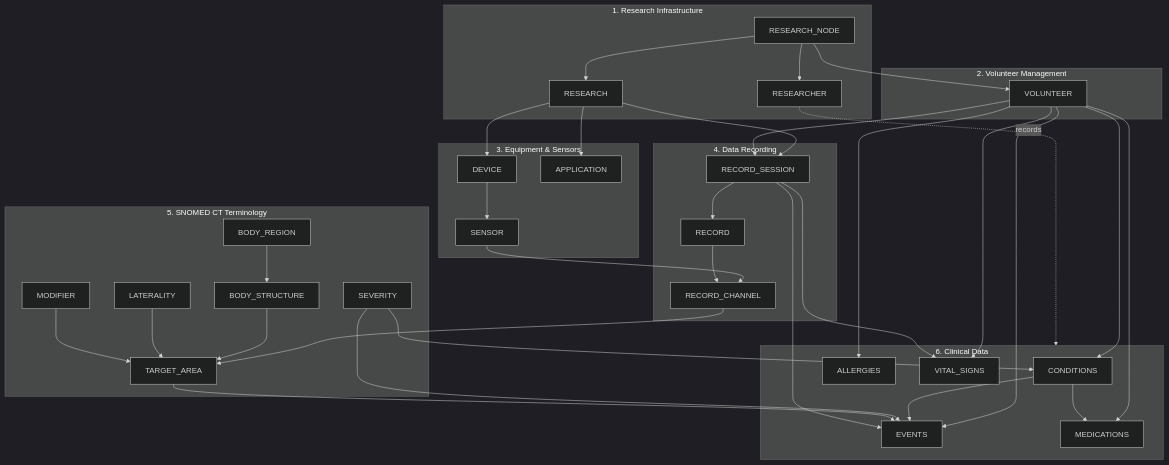
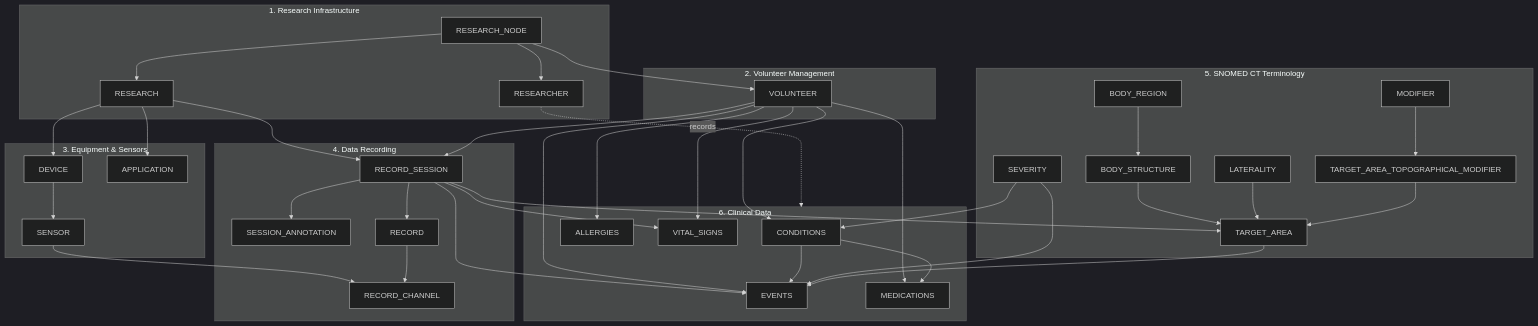
Before and after one commit to VitorAndTxr/Bioteca.Prism.InteroperableResearchNode: the seventh of 7 diagrams in docs/diagrams/database/er-diagram-modular.md, drawn with Mermaid (dark theme). The commit also changed other lines of this file and 36 other files, not shown here.

```diff
--- a/docs/diagrams/database/er-diagram-modular.md
+++ b/docs/diagrams/database/er-diagram-modular.md
@@ -563,6 +583,7 @@
 
     subgraph Recording["4. Data Recording"]
         SESS[RECORD_SESSION]
+        ANN[SESSION_ANNOTATION]
         REC[RECORD]
         CHAN[RECORD_CHANNEL]
     end
@@ -571,6 +592,7 @@
         REG[BODY_REGION]
         STR[BODY_STRUCTURE]
         TA[TARGET_AREA]
+        TAJOIN[TARGET_AREA_TOPOGRAPHICAL_MODIFIER]
         LAT[LATERALITY]
         MOD[MODIFIER]
         SEV[SEVERITY]
@@ -597,12 +619,14 @@
 
     VOL --> SESS
     SESS --> REC
+    SESS --> ANN
+    SESS --> TA
     REC --> CHAN
-    CHAN --> TA
 
     STR --> TA
     LAT --> TA
-    MOD --> TA
+    MOD --> TAJOIN
+    TAJOIN --> TA
     REG --> STR
 
     VOL --> COND
```
